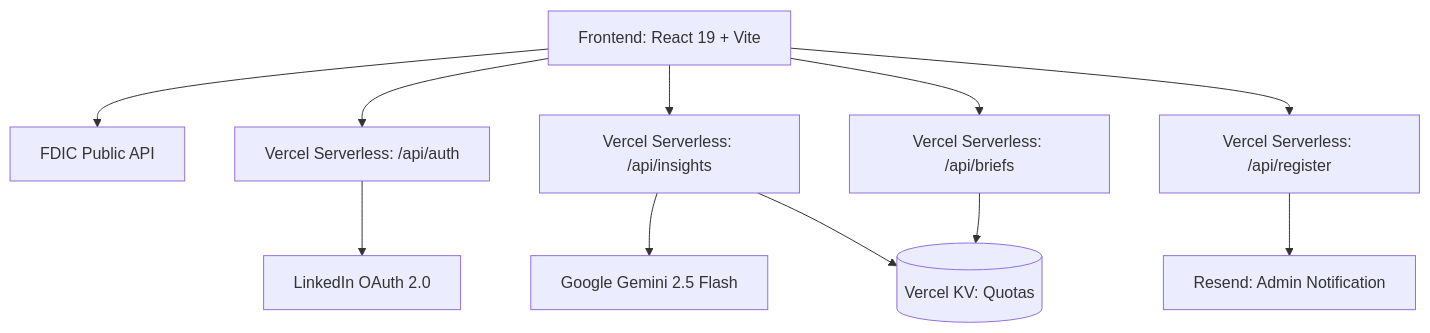
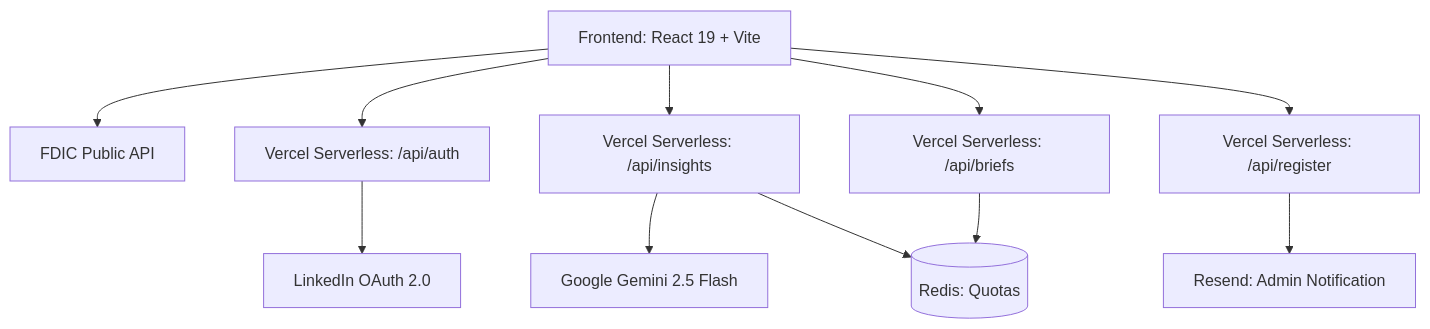
The diagram in docs/ARCHITECTURE.md (vchamasr-ux/bank-value-benchmark-mvp), drawn with Mermaid before and after one commit. The commit also changed other lines of this file and 9 other files, not shown here.

Commit message:
docs: remove all references to vercel kv in favor of native redis

````diff
--- a/docs/ARCHITECTURE.md
+++ b/docs/ARCHITECTURE.md
@@ -9,14 +9,14 @@
 ```mermaid
 graph TD
     UI[Frontend: React 19 + Vite] --> FDIC[FDIC Public API]
     UI --> AuthProxy[Vercel Serverless: /api/auth]
     UI --> AIProxy[Vercel Serverless: /api/insights]
     UI --> BriefsProxy[Vercel Serverless: /api/briefs]
     UI --> RegProxy[Vercel Serverless: /api/register]
 
     AuthProxy --> LinkedIn[LinkedIn OAuth 2.0]
     AIProxy --> Gemini[Google Gemini 2.5 Flash]
-    AIProxy --> KV[(Vercel KV: Quotas)]
+    AIProxy --> KV[(Redis: Quotas)]
     BriefsProxy --> KV
     RegProxy --> Email[Resend: Admin Notification]
 ```
````
